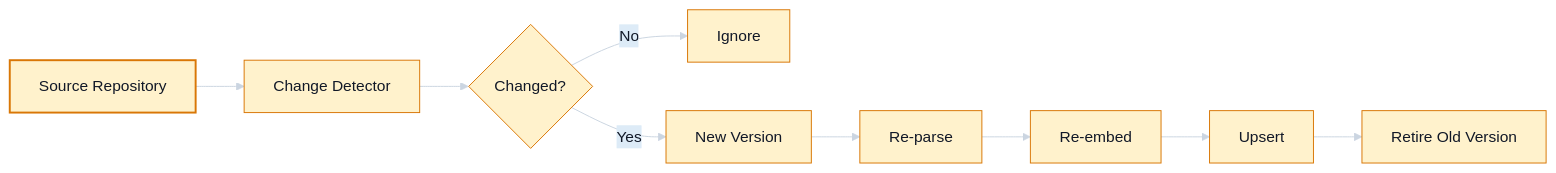
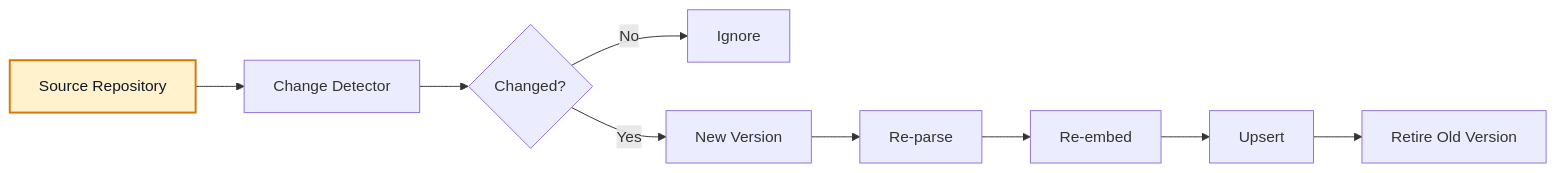
The ninth of 26 diagrams in AI-Engineer-Interview-Questions-2026.md (azam123/awesome-ai-engineer), drawn with Mermaid before and after one commit. The commit also changed other lines of this file, not shown here.

Commit message:
docs: fix GitHub Mermaid rendering compatibility

````diff
--- a/AI-Engineer-Interview-Questions-2026.md
+++ b/AI-Engineer-Interview-Questions-2026.md
@@ -683,16 +675,15 @@
 ```mermaid
 flowchart LR
-%%{init: {"theme":"base","themeVariables":{"background":"#111827","primaryColor":"#FFF2CC","primaryTextColor":"#111827","primaryBorderColor":"#D97706","lineColor":"#CBD5E1","secondaryColor":"#DDEBF7","secondaryTextColor":"#111827","secondaryBorderColor":"#2563EB","tertiaryColor":"#E2F0D9","tertiaryTextColor":"#111827","tertiaryBorderColor":"#15803D","noteBkgColor":"#FFF2CC","noteTextColor":"#111827","noteBorderColor":"#D97706","actorBkg":"#DDEBF7","actorBorder":"#2563EB","actorTextColor":"#111827","signalColor":"#E5E7EB","signalTextColor":"#111827","labelBoxBkgColor":"#FFF2CC","labelBoxBorderColor":"#D97706","labelTextColor":"#111827"}}}%%
+A[Source Repository] --> B[Change Detector]
+B --> C{Changed?}
+C -->|No| D[Ignore]
+C -->|Yes| E[New Version]
+E --> F[Re-parse]
+F --> G[Re-embed]
+G --> H[Upsert]
+H --> I[Retire Old Version]
+class A yellow
 classDef yellow fill:#FFF2CC,stroke:#D97706,stroke-width:2px,color:#111827;
 classDef blue fill:#DDEBF7,stroke:#2563EB,stroke-width:2px,color:#111827;
 classDef green fill:#E2F0D9,stroke:#15803D,stroke-width:2px,color:#111827;
-    A[Source Repository] --> B[Change Detector]
-    B --> C{Changed?}
-    C -->|No| D[Ignore]
-    C -->|Yes| E[New Version]
-    E --> F[Re-parse]
-    F --> G[Re-embed]
-    G --> H[Upsert]
-    H --> I[Retire Old Version]
-    class A yellow;
 ```
````
